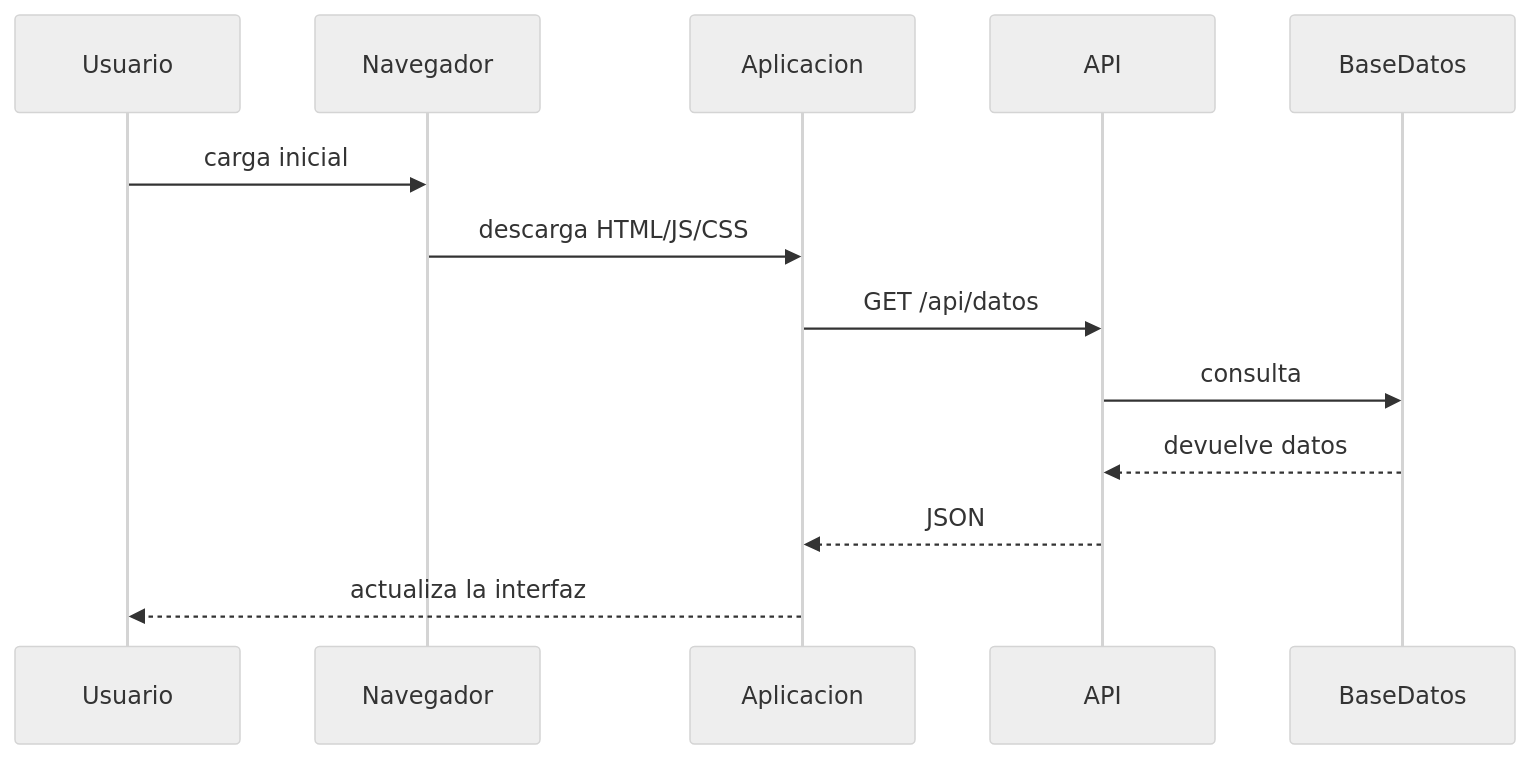
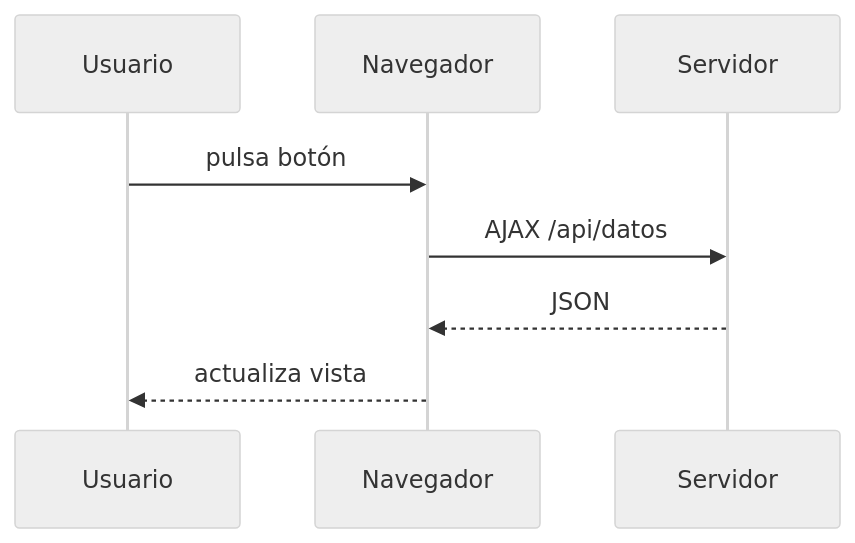
The fifth of 16 diagrams in docs/u01/propuesta-ampliada.md (ATorresCode/dwes), drawn with Mermaid (neutral theme) before and after one commit. The commit also changed other lines of this file and 3 other files, not shown here.

````diff
--- a/docs/u01/propuesta-ampliada.md
+++ b/docs/u01/propuesta-ampliada.md
@@ -199,16 +255,10 @@
 ```mermaid
 sequenceDiagram
   participant Usuario
   participant Navegador
-  participant Aplicacion
-  participant API
-  participant BaseDatos
-
-  Usuario->>Navegador: carga inicial
-  Navegador->>Aplicacion: descarga HTML/JS/CSS
-  Aplicacion->>API: GET /api/datos
-  API->>BaseDatos: consulta
-  BaseDatos-->>API: devuelve datos
-  API-->>Aplicacion: JSON
-  Aplicacion-->>Usuario: actualiza la interfaz
+  participant Servidor
+  Usuario->>Navegador: pulsa botón
+  Navegador->>Servidor: AJAX /api/datos
+  Servidor-->>Navegador: JSON
+  Navegador-->>Usuario: actualiza vista
 ```
````
